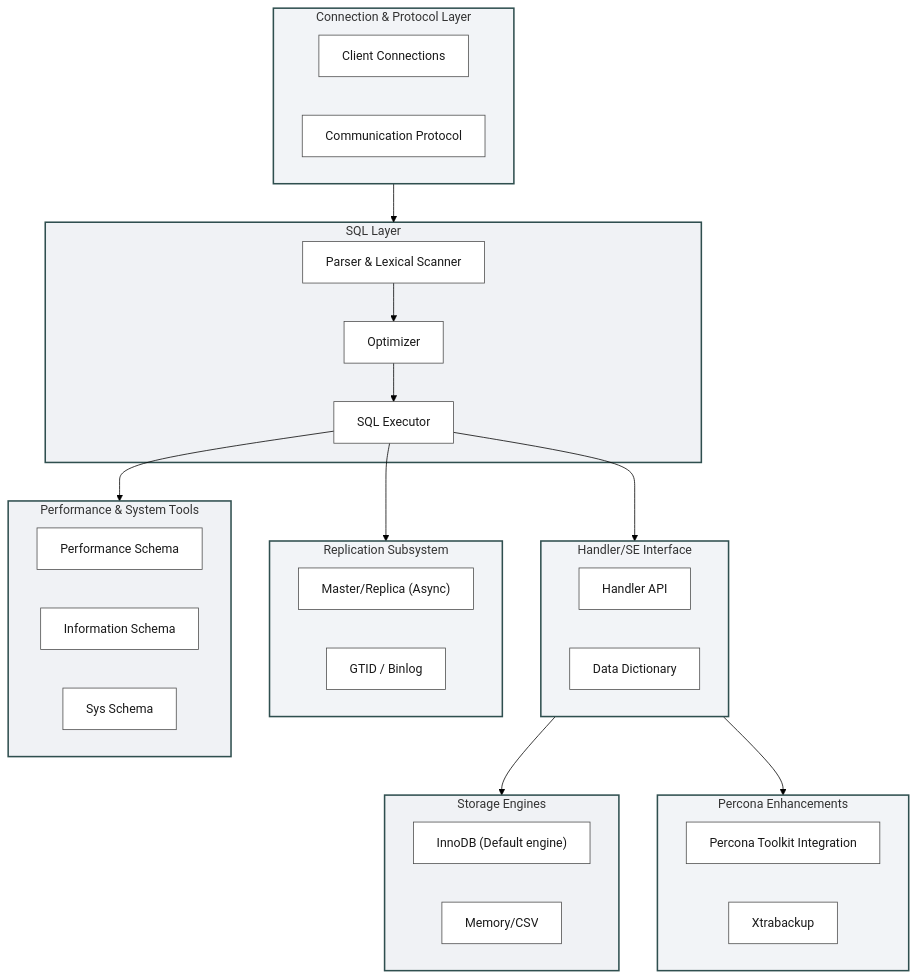
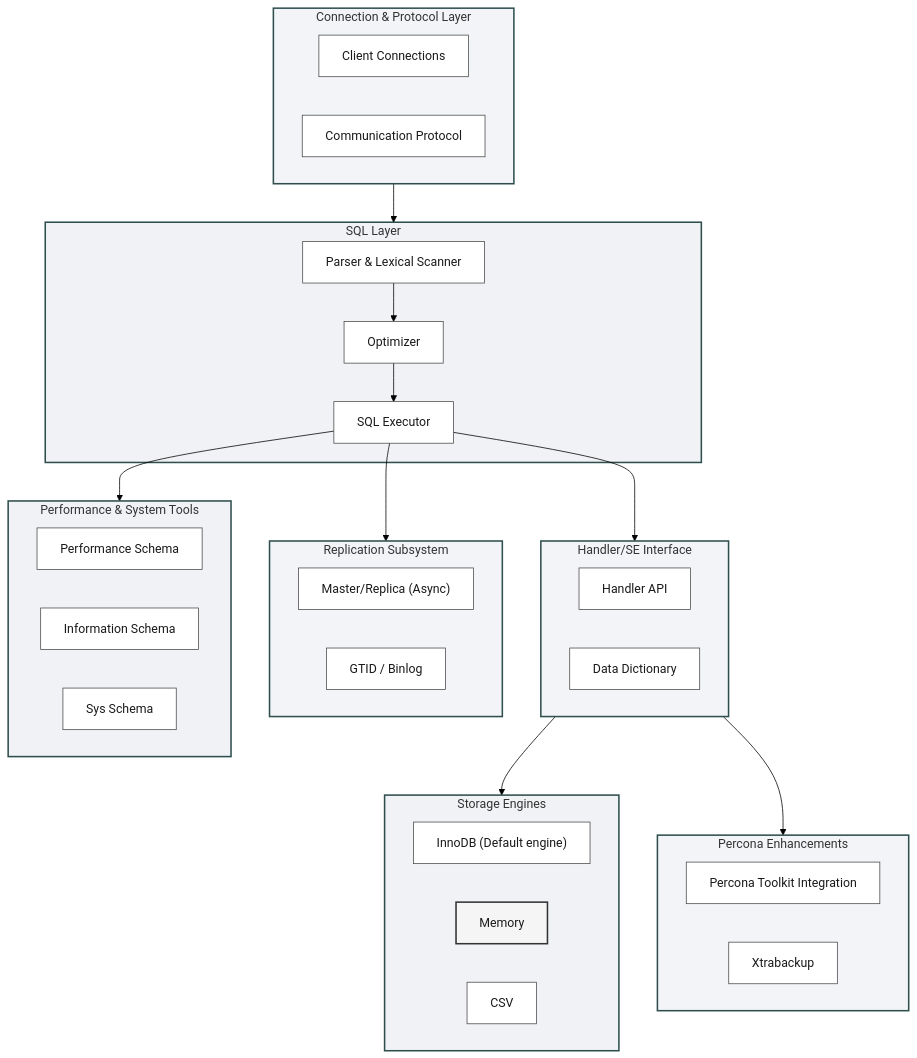
Before and after one commit to wilhasse/courses: the diagram in db/mysql/study/README.md, drawn with Mermaid (forest theme). The commit also changed other lines of this file and 2 other files, not shown here.

````diff
--- a/db/mysql/study/README.md
+++ b/db/mysql/study/README.md
@@ -3,72 +15,73 @@
 ```mermaid
 flowchart TB
     %% Style definitions
     classDef default fill:#f5f5f5,stroke:#333,stroke-width:2px,color:#1a1a1a
     classDef mainComponent fill:#f0f2f5,stroke:#2f4f4f,stroke-width:2px,color:#1a1a1a
     classDef subComponent fill:#ffffff,stroke:#4a4a4a,stroke-width:1px,color:#1a1a1a
     classDef highlight fill:#f2f4f7,stroke:#2f4f4f,stroke-width:2px,color:#1a1a1a
 
     %% Connection & Protocol Layer
     subgraph A["Connection & Protocol Layer"]
         style A fill:#f2f4f7,stroke:#2f4f4f,stroke-width:2px
         A1["Client Connections"]
         A2["Communication Protocol"]
     end
 
     %% SQL Layer
     subgraph B["SQL Layer"]
         style B fill:#f0f2f5,stroke:#2f4f4f,stroke-width:2px
         B1["Parser & Lexical Scanner"]
         B2["Optimizer"]
         B3["SQL Executor"]
     end
 
     %% Handler/SE Interface
     subgraph C["Handler/SE Interface"]
         style C fill:#f2f4f7,stroke:#2f4f4f,stroke-width:2px
         C1["Handler API"]
         C2["Data Dictionary"]
     end
 
     %% Storage Engines
     subgraph D["Storage Engines"]
         style D fill:#f0f2f5,stroke:#2f4f4f,stroke-width:2px
         D1["InnoDB (Default engine)"]
-        D3["Memory/CSV"]
+        D2["Memory"]
+        D3["CSV"]
     end
 
     %% Replication
     subgraph E["Replication Subsystem"]
         style E fill:#f2f4f7,stroke:#2f4f4f,stroke-width:2px
         E1["Master/Replica (Async)"]
         E2["GTID / Binlog"]
     end
 
     %% Performance & System Tools
     subgraph F["Performance & System Tools"]
         style F fill:#f0f2f5,stroke:#2f4f4f,stroke-width:2px
         F1["Performance Schema"]
         F2["Information Schema"]
         F3["Sys Schema"]
     end
 
     %% Percona Enhancements
     subgraph G["Percona Enhancements"]
         style G fill:#f2f4f7,stroke:#2f4f4f,stroke-width:2px
         G1["Percona Toolkit Integration"]
         G2["Xtrabackup"]
     end
 
     %% Connections
     A --> B
     B1 --> B2
     B2 --> B3
     B3 --> C
     C --> D
     B3 --> E
     B3 --> F
     C --> G
 
     %% Apply styles to all nodes
     class A1,A2,B1,B2,B3,C1,C2,D1,D3,E1,E2,F1,F2,F3,G1,G2 subComponent
 ```
````
